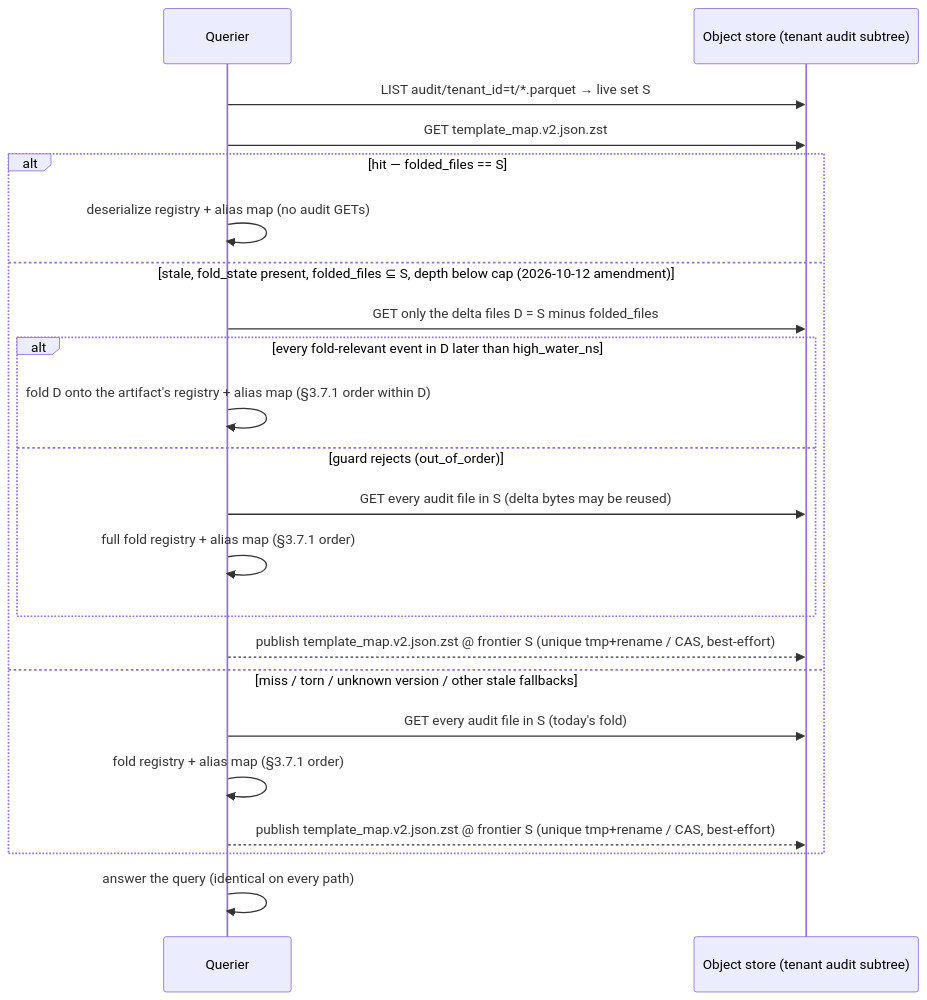
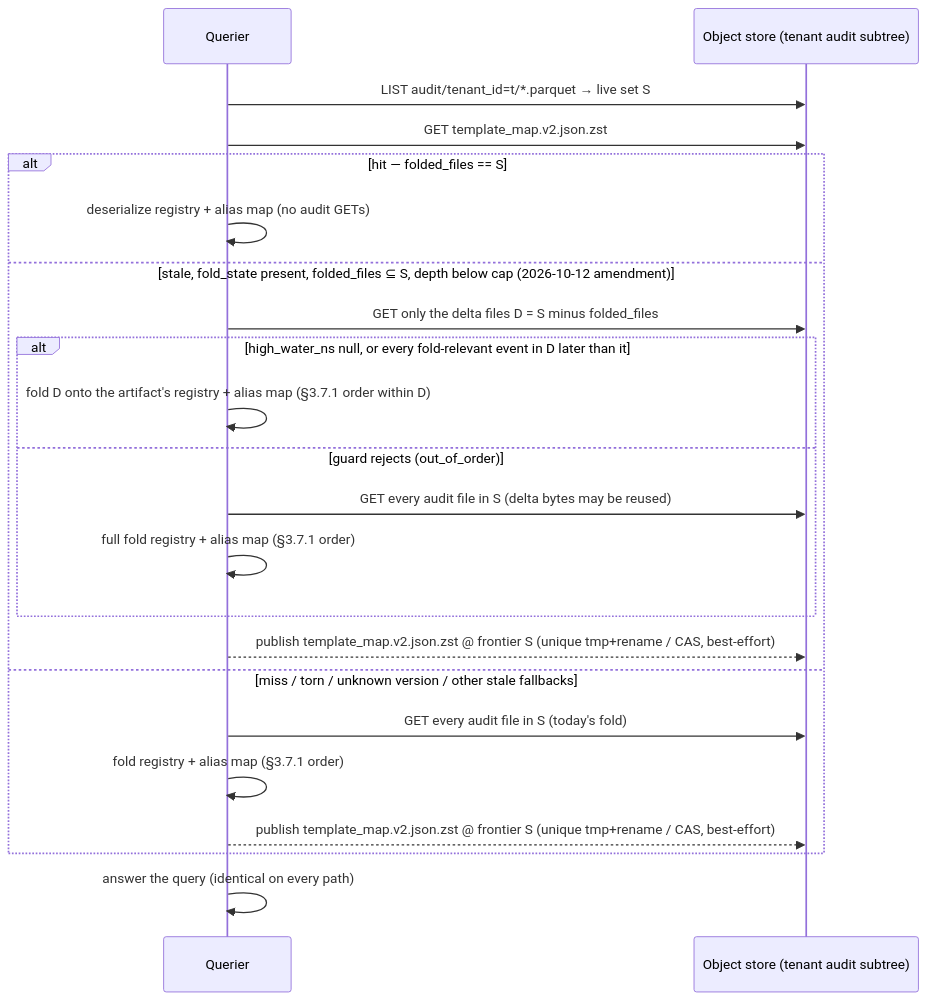
The diagram in docs/rfcs/0033-cached-template-map.md (jensholdgaard/ourios), drawn with Mermaid before and after one commit. The commit also changed other lines of this file, not shown here.

First line of the commit message:
docs(rfc): one acquisition-bytes abstention rule, decoded rfc0033.10 bytes, null high-water in the diagram

````diff
--- a/docs/rfcs/0033-cached-template-map.md
+++ b/docs/rfcs/0033-cached-template-map.md
@@ -741,24 +757,24 @@
 ```mermaid
 sequenceDiagram
     participant Q as Querier
     participant FS as Object store (tenant audit subtree)
     Q->>FS: LIST audit/tenant_id=t/*.parquet → live set S
     Q->>FS: GET template_map.v2.json.zst
     alt hit — folded_files == S
         Q->>Q: deserialize registry + alias map (no audit GETs)
     else stale, fold_state present, folded_files ⊆ S, depth below cap (2026-10-12 amendment)
         Q->>FS: GET only the delta files D = S minus folded_files
-        alt every fold-relevant event in D later than high_water_ns
+        alt high_water_ns null, or every fold-relevant event in D later than it
             Q->>Q: fold D onto the artifact's registry + alias map (§3.7.1 order within D)
         else guard rejects (out_of_order)
             Q->>FS: GET every audit file in S (delta bytes may be reused)
             Q->>Q: full fold registry + alias map (§3.7.1 order)
         end
         Q-->>FS: publish template_map.v2.json.zst @ frontier S (unique tmp+rename / CAS, best-effort)
     else miss / torn / unknown version / other stale fallbacks
         Q->>FS: GET every audit file in S (today's fold)
         Q->>Q: fold registry + alias map (§3.7.1 order)
         Q-->>FS: publish template_map.v2.json.zst @ frontier S (unique tmp+rename / CAS, best-effort)
     end
     Q->>Q: answer the query (identical on every path)
 ```
````
